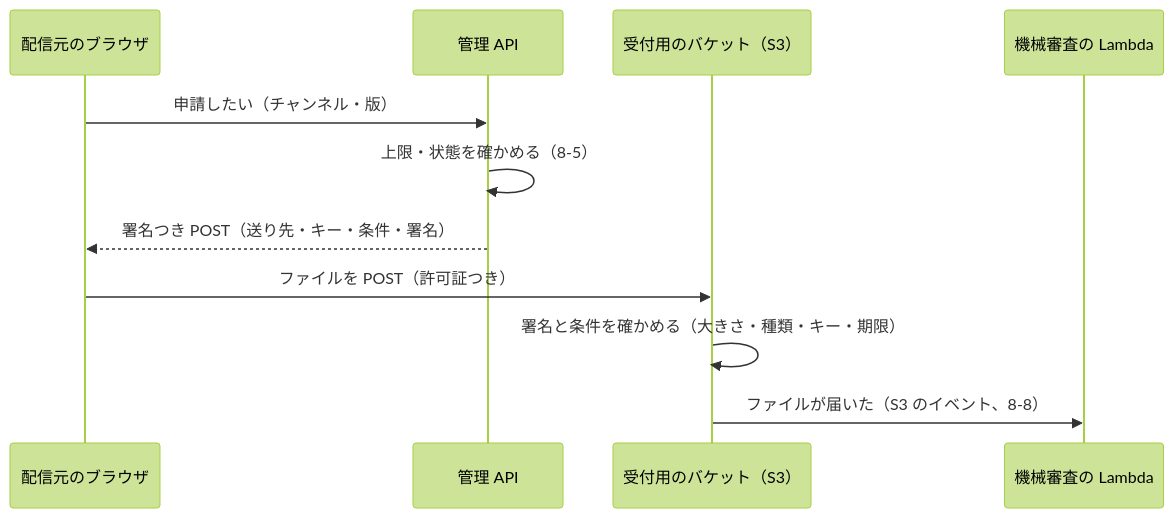
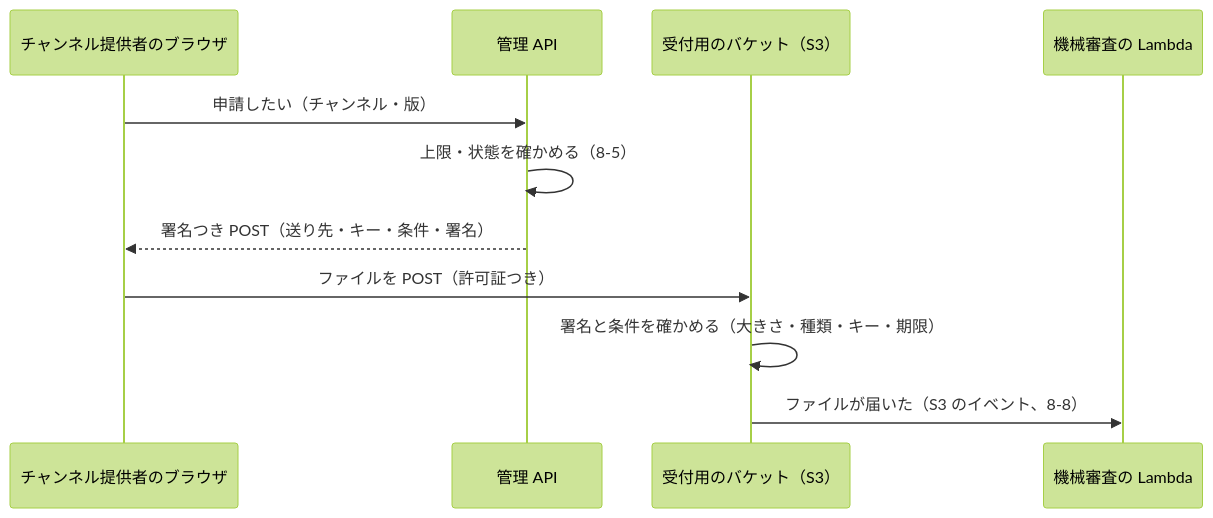
Before and after one commit to duwenji/yorisoi-tutorial: the first of 2 diagrams in 08-aws/06-s3-cloudfront.md, drawn with Mermaid (forest theme). The commit also changed other lines of this file and 62 other files, not shown here.

````diff
--- a/08-aws/06-s3-cloudfront.md
+++ b/08-aws/06-s3-cloudfront.md
@@ -92,13 +96,13 @@
 ```mermaid
 sequenceDiagram
-    participant B as 配信元のブラウザ
+    participant B as チャンネル提供者のブラウザ
     participant A as 管理 API
     participant S as 受付用のバケット（S3）
     participant V as 機械審査の Lambda
     B->>A: 申請したい（チャンネル・版）
     A->>A: 上限・状態を確かめる（8-5）
     A-->>B: 署名つき POST（送り先・キー・条件・署名）
     B->>S: ファイルを POST（許可証つき）
     S->>S: 署名と条件を確かめる（大きさ・種類・キー・期限）
     S->>V: ファイルが届いた（S3 のイベント、8-8）
 ```
````
